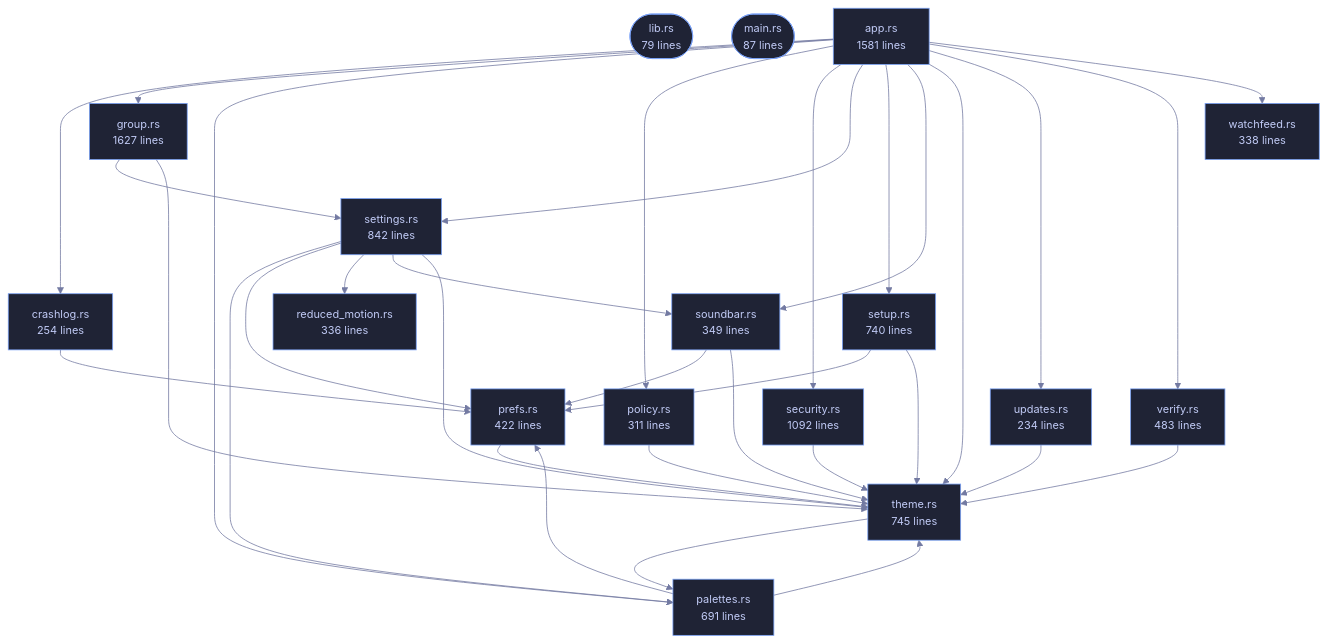
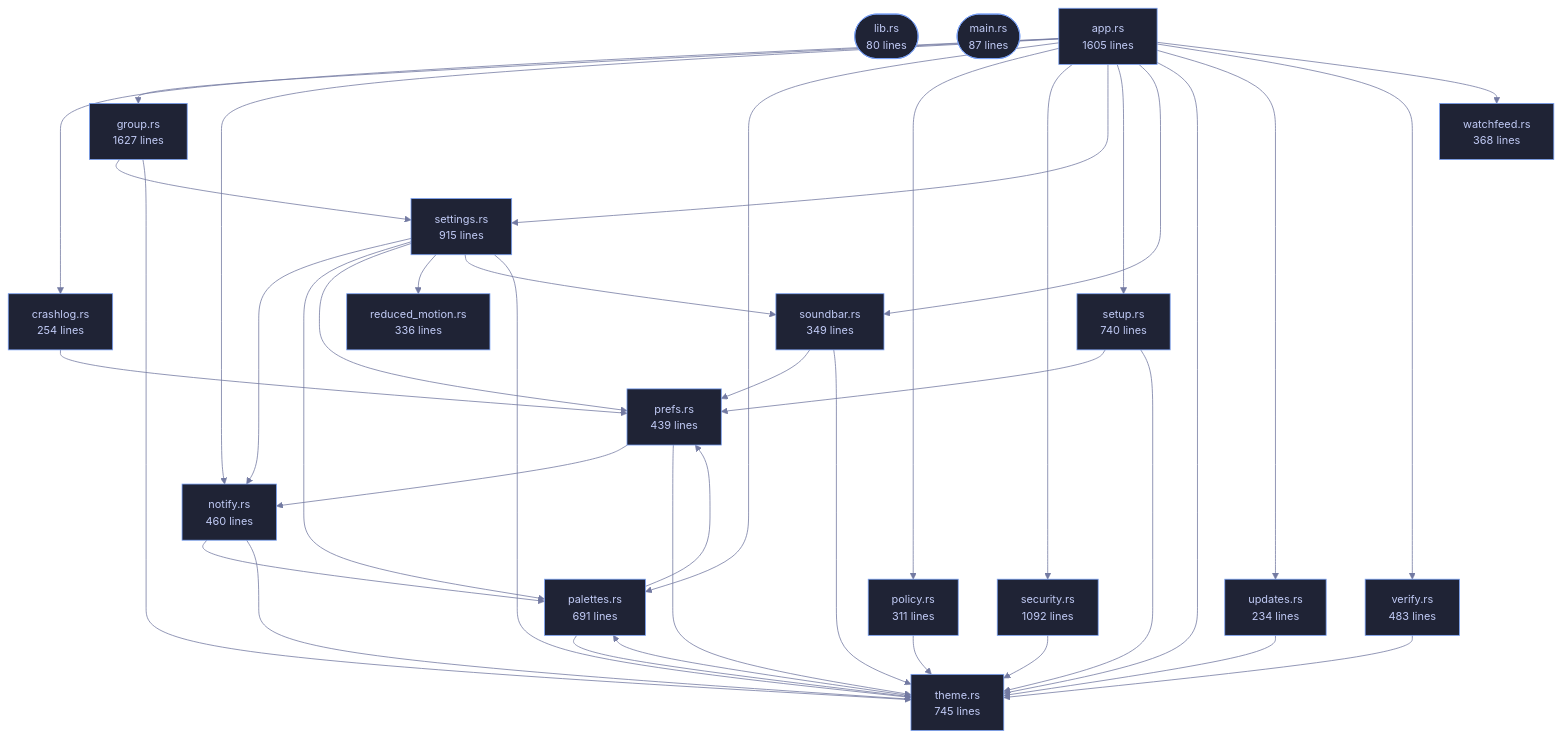
One commit to tilas01/veilvoice changed the diagram in crates/veilvoice-gui/README.md. Above: the diagram before and after it, drawn with Mermaid. The commit also changed other lines of this file and 61 other files, not shown here.

````diff
--- a/crates/veilvoice-gui/README.md
+++ b/crates/veilvoice-gui/README.md
@@ -94,70 +94,77 @@
 ```mermaid
 %%{init: {"theme":"base","themeVariables":{"background":"#1a1b26","primaryColor":"#1f2335","primaryTextColor":"#c0caf5","primaryBorderColor":"#7aa2f7","secondaryColor":"#16161e","tertiaryColor":"#16161e","lineColor":"#737aa2","textColor":"#c0caf5","mainBkg":"#1f2335","nodeBorder":"#7aa2f7","clusterBkg":"#16161e","clusterBorder":"#2f3549","fontFamily":"ui-monospace, SFMono-Regular, Consolas, monospace","fontSize":"14px"}}}%%
 flowchart TD
-    n_lib(["lib.rs<br/>79 lines"])
+    n_lib(["lib.rs<br/>80 lines"])
     n_main(["main.rs<br/>87 lines"])
-    n_app["app.rs<br/>1581 lines"]
+    n_app["app.rs<br/>1605 lines"]
     n_crashlog["crashlog.rs<br/>254 lines"]
     n_group["group.rs<br/>1627 lines"]
+    n_notify["notify.rs<br/>460 lines"]
     n_palettes["palettes.rs<br/>691 lines"]
     n_policy["policy.rs<br/>311 lines"]
-    n_prefs["prefs.rs<br/>422 lines"]
+    n_prefs["prefs.rs<br/>439 lines"]
     n_reduced_motion["reduced_motion.rs<br/>336 lines"]
     n_security["security.rs<br/>1092 lines"]
-    n_settings["settings.rs<br/>842 lines"]
+    n_settings["settings.rs<br/>915 lines"]
     n_setup["setup.rs<br/>740 lines"]
     n_soundbar["soundbar.rs<br/>349 lines"]
     n_theme["theme.rs<br/>745 lines"]
     n_updates["updates.rs<br/>234 lines"]
     n_verify["verify.rs<br/>483 lines"]
-    n_watchfeed["watchfeed.rs<br/>338 lines"]
+    n_watchfeed["watchfeed.rs<br/>368 lines"]
     n_app --> n_crashlog
     n_app --> n_group
+    n_app --> n_notify
     n_app --> n_palettes
     n_app --> n_policy
     n_app --> n_security
     n_app --> n_settings
     n_app --> n_setup
     n_app --> n_soundbar
     n_app --> n_theme
     n_app --> n_updates
     n_app --> n_verify
     n_app --> n_watchfeed
     n_crashlog --> n_prefs
     n_group --> n_settings
     n_group --> n_theme
+    n_notify --> n_palettes
+    n_notify --> n_theme
     n_palettes --> n_prefs
     n_palettes --> n_theme
     n_policy --> n_theme
+    n_prefs --> n_notify
     n_prefs --> n_theme
     n_security --> n_theme
+    n_settings --> n_notify
     n_settings --> n_palettes
     n_settings --> n_prefs
     n_settings --> n_reduced_motion
     n_settings --> n_soundbar
     n_settings --> n_theme
     n_setup --> n_prefs
     n_setup --> n_theme
     n_soundbar --> n_prefs
     n_soundbar --> n_theme
     n_theme --> n_palettes
     n_updates --> n_theme
     n_verify --> n_theme
     click n_lib href "https://github.com/tilas01/veilvoice/blob/main/crates/veilvoice-gui/src/lib.rs" "open the source"
     click n_main href "https://github.com/tilas01/veilvoice/blob/main/crates/veilvoice-gui/src/main.rs" "open the source"
     click n_app href "https://github.com/tilas01/veilvoice/blob/main/crates/veilvoice-gui/src/app.rs" "open the source"
     click n_crashlog href "https://github.com/tilas01/veilvoice/blob/main/crates/veilvoice-gui/src/crashlog.rs" "open the source"
     click n_group href "https://github.com/tilas01/veilvoice/blob/main/crates/veilvoice-gui/src/group.rs" "open the source"
+    click n_notify href "https://github.com/tilas01/veilvoice/blob/main/crates/veilvoice-gui/src/notify.rs" "open the source"
     click n_palettes href "https://github.com/tilas01/veilvoice/blob/main/crates/veilvoice-gui/src/palettes.rs" "open the source"
     click n_policy href "https://github.com/tilas01/veilvoice/blob/main/crates/veilvoice-gui/src/policy.rs" "open the source"
     click n_prefs href "https://github.com/tilas01/veilvoice/blob/main/crates/veilvoice-gui/src/prefs.rs" "open the source"
     click n_reduced_motion href "https://github.com/tilas01/veilvoice/blob/main/crates/veilvoice-gui/src/reduced_motion.rs" "open the source"
     click n_security href "https://github.com/tilas01/veilvoice/blob/main/crates/veilvoice-gui/src/security.rs" "open the source"
     click n_settings href "https://github.com/tilas01/veilvoice/blob/main/crates/veilvoice-gui/src/settings.rs" "open the source"
     click n_setup href "https://github.com/tilas01/veilvoice/blob/main/crates/veilvoice-gui/src/setup.rs" "open the source"
     click n_soundbar href "https://github.com/tilas01/veilvoice/blob/main/crates/veilvoice-gui/src/soundbar.rs" "open the source"
     click n_theme href "https://github.com/tilas01/veilvoice/blob/main/crates/veilvoice-gui/src/theme.rs" "open the source"
     click n_updates href "https://github.com/tilas01/veilvoice/blob/main/crates/veilvoice-gui/src/updates.rs" "open the source"
     click n_verify href "https://github.com/tilas01/veilvoice/blob/main/crates/veilvoice-gui/src/verify.rs" "open the source"
     click n_watchfeed href "https://github.com/tilas01/veilvoice/blob/main/crates/veilvoice-gui/src/watchfeed.rs" "open the source"
 ```
````
